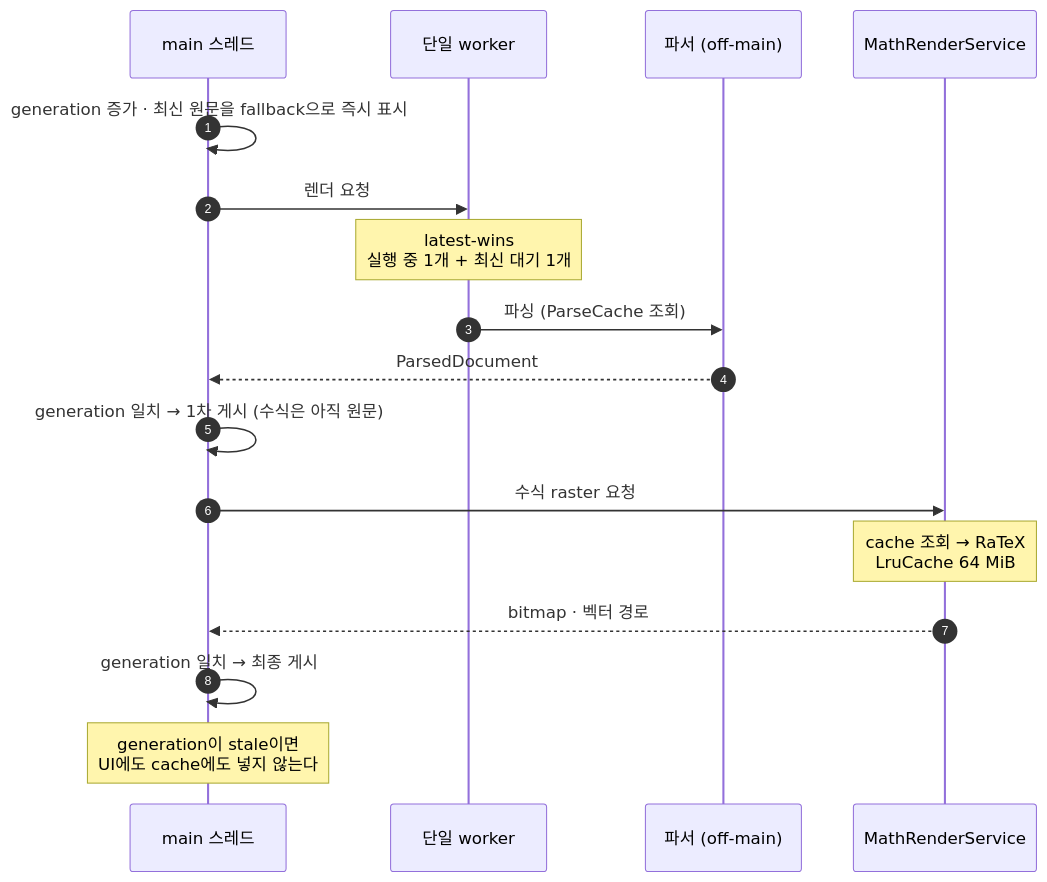
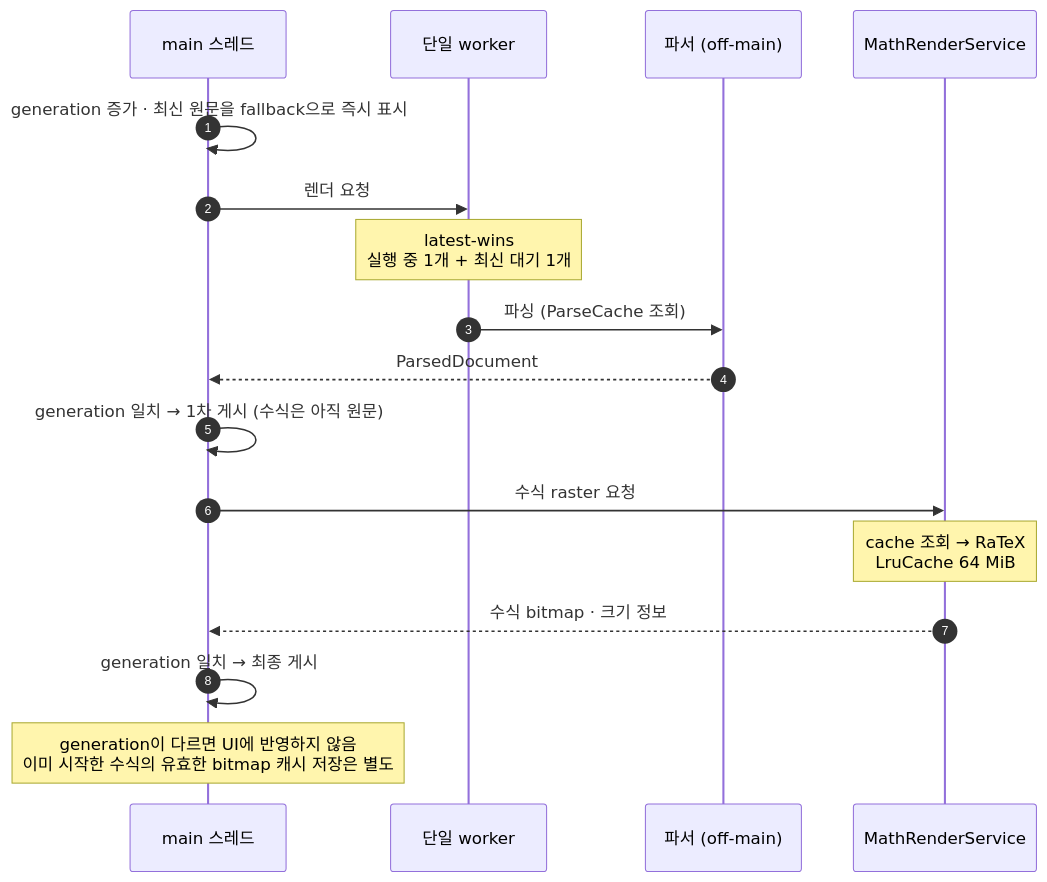
Before and after one commit to Jimmy-Jung/RichMarkdown-Android: the second of 2 diagrams in README.md, drawn with Mermaid. The commit also changed other lines of this file and 73 other files, not shown here.

````diff
--- a/README.md
+++ b/README.md
@@ -229,20 +242,20 @@
 ```mermaid
 sequenceDiagram
   autonumber
   participant UI as main 스레드
   participant W as 단일 worker
   participant P as 파서 (off-main)
   participant M as MathRenderService
 
   UI->>UI: generation 증가 · 최신 원문을 fallback으로 즉시 표시
   UI->>W: 렌더 요청
   Note over W: latest-wins<br/>실행 중 1개 + 최신 대기 1개
   W->>P: 파싱 (ParseCache 조회)
   P-->>UI: ParsedDocument
   UI->>UI: generation 일치 → 1차 게시 (수식은 아직 원문)
   UI->>M: 수식 raster 요청
   Note over M: cache 조회 → RaTeX<br/>LruCache 64 MiB
-  M-->>UI: bitmap · 벡터 경로
+  M-->>UI: 수식 bitmap · 크기 정보
   UI->>UI: generation 일치 → 최종 게시
-  Note over UI: generation이 stale이면<br/>UI에도 cache에도 넣지 않는다
+  Note over UI: generation이 다르면 UI에 반영하지 않음<br/>이미 시작한 수식의 유효한 bitmap 캐시 저장은 별도
 ```
````
